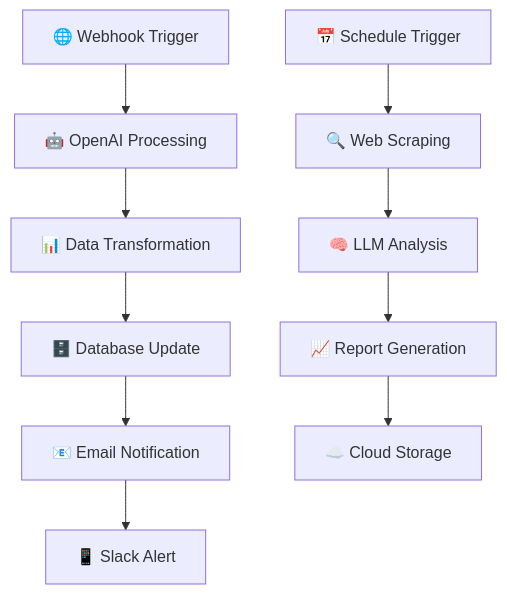
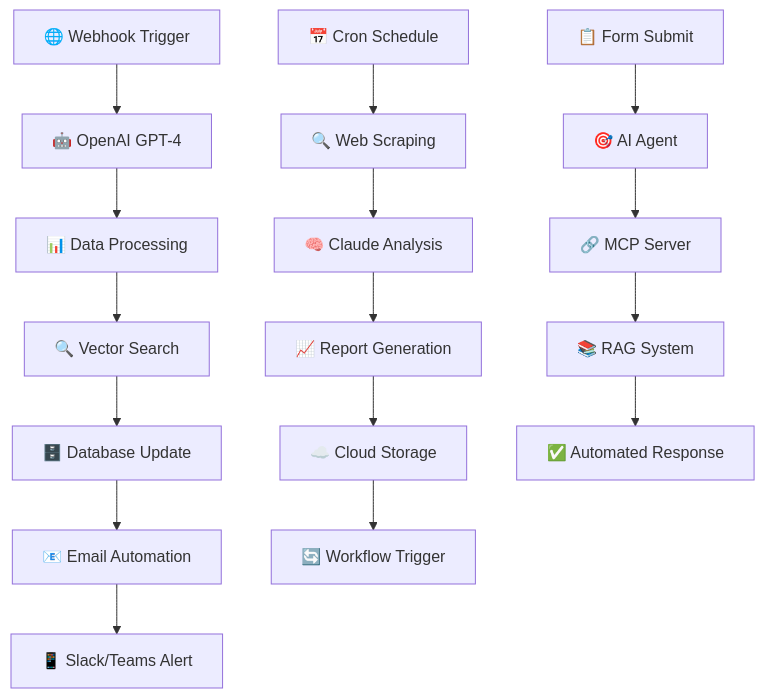
Before and after one commit to PRADEEP5967/PRADEEP5967: the first of 4 diagrams in README.md, drawn with Mermaid. The commit also changed other lines of this file, not shown here.

````diff
--- a/README.md
+++ b/README.md
@@ -24,13 +22,20 @@
   ```mermaid
-  graph TD
-      A[🌐 Webhook Trigger] --> B[🤖 OpenAI Processing]
-      B --> C[📊 Data Transformation]
-      C --> D[🗄️ Database Update]
-      D --> E[📧 Email Notification]
-      E --> F[📱 Slack Alert]
+  graph TB
+      A[🌐 Webhook Trigger] --> B[🤖 OpenAI GPT-4]
+      B --> C[📊 Data Processing]
+      C --> D[🔍 Vector Search]
+      D --> E[🗄️ Database Update]
+      E --> F[📧 Email Automation]
+      F --> G[📱 Slack/Teams Alert]
       
-      G[📅 Schedule Trigger] --> H[🔍 Web Scraping]
-      H --> I[🧠 LLM Analysis]
-      I --> J[📈 Report Generation]
-      J --> K[☁️ Cloud Storage]
+      H[📅 Cron Schedule] --> I[🔍 Web Scraping]
+      I --> J[🧠 Claude Analysis]
+      J --> K[📈 Report Generation]
+      K --> L[☁️ Cloud Storage]
+      L --> M[🔄 Workflow Trigger]
+      
+      N[📋 Form Submit] --> O[🎯 AI Agent]
+      O --> P[🔗 MCP Server]
+      P --> Q[📚 RAG System]
+      Q --> R[✅ Automated Response]
   ```
````
